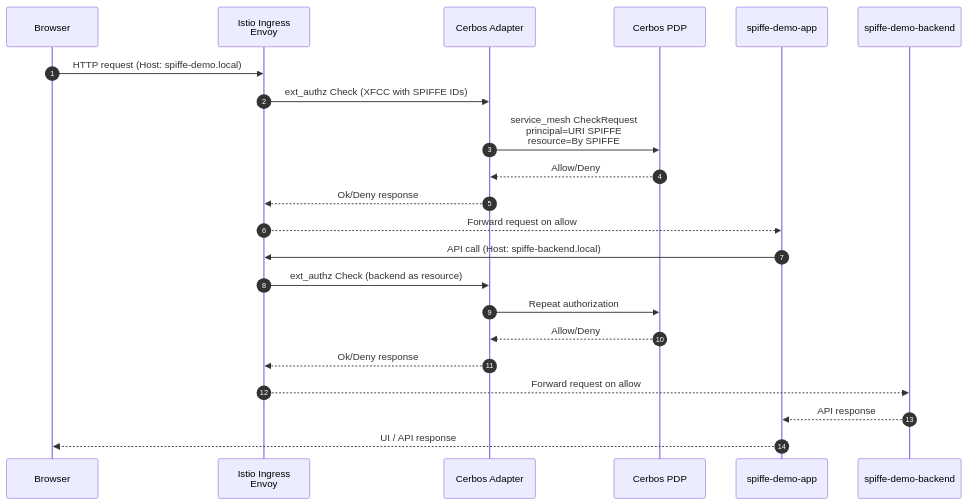
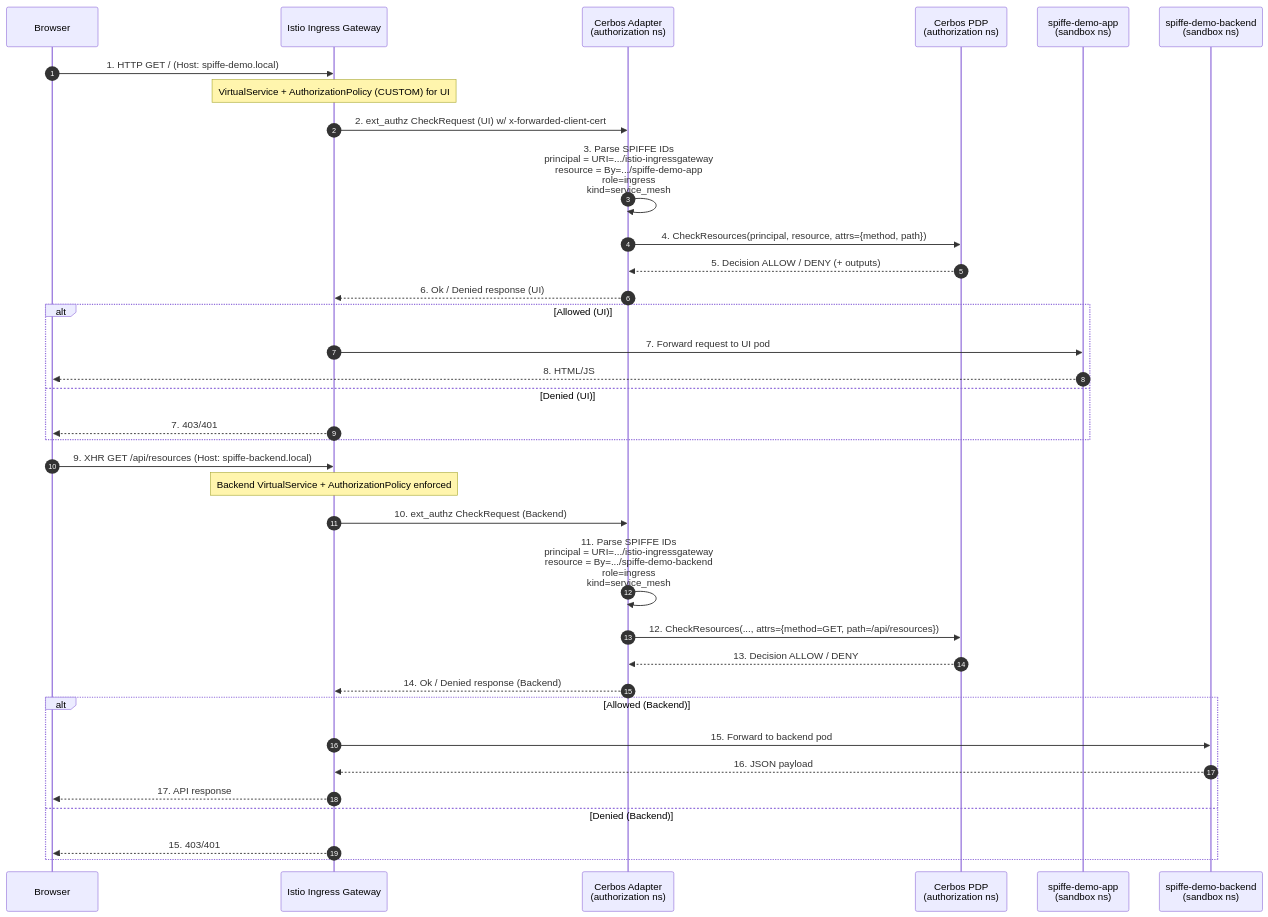
Before and after one commit to cerbos/cerbos-zta-istio-spiffe: the second of 2 diagrams in README.md, drawn with Mermaid. The commit also changed other lines of this file, not shown here.

````diff
--- a/README.md
+++ b/README.md
@@ -144,25 +65,39 @@
 ```mermaid
 sequenceDiagram
     autonumber
     participant Browser
-    participant Ingress as Istio Ingress<br/>Envoy
-    participant Adapter as Cerbos Adapter
-    participant Cerbos as Cerbos PDP
-    participant App as spiffe-demo-app
-    participant Backend as spiffe-demo-backend
+    participant Istio as Istio Ingress Gateway
+    participant Adapter as Cerbos Adapter<br/>(authorization ns)
+    participant Cerbos as Cerbos PDP<br/>(authorization ns)
+    participant App as spiffe-demo-app<br/>(sandbox ns)
+    participant Backend as spiffe-demo-backend<br/>(sandbox ns)
 
-    Browser->>Ingress: HTTP request (Host: spiffe-demo.local)
-    Ingress->>Adapter: ext_authz Check (XFCC with SPIFFE IDs)
-    Adapter->>Cerbos: service_mesh CheckRequest<br/>principal=URI SPIFFE<br/>resource=By SPIFFE
-    Cerbos-->>Adapter: Allow/Deny
-    Adapter-->>Ingress: Ok/Deny response
-    Ingress-->>App: Forward request on allow
-    App->>Ingress: API call (Host: spiffe-backend.local)
-    Ingress->>Adapter: ext_authz Check (backend as resource)
-    Adapter->>Cerbos: Repeat authorization
-    Cerbos-->>Adapter: Allow/Deny
-    Adapter-->>Ingress: Ok/Deny response
-    Ingress-->>Backend: Forward request on allow
-    Backend-->>App: API response
-    App-->>Browser: UI / API response
+    Browser->>Istio: 1. HTTP GET / (Host: spiffe-demo.local)
+    Note over Istio: VirtualService + AuthorizationPolicy (CUSTOM) for UI
+    Istio->>Adapter: 2. ext_authz CheckRequest (UI) w/ x-forwarded-client-cert
+    Adapter->>Adapter: 3. Parse SPIFFE IDs<br/>principal = URI=.../istio-ingressgateway<br/>resource = By=.../spiffe-demo-app<br/>role=ingress<br/>kind=service_mesh
+    Adapter->>Cerbos: 4. CheckResources(principal, resource, attrs={method, path})
+    Cerbos-->>Adapter: 5. Decision ALLOW / DENY (+ outputs)
+    Adapter-->>Istio: 6. Ok / Denied response (UI)
+    alt Allowed (UI)
+        Istio->>App: 7. Forward request to UI pod
+        App-->>Browser: 8. HTML/JS
+    else Denied (UI)
+        Istio-->>Browser: 7. 403/401
+    end
+
+    Browser->>Istio: 9. XHR GET /api/resources (Host: spiffe-backend.local)
+    Note over Istio: Backend VirtualService + AuthorizationPolicy enforced
+    Istio->>Adapter: 10. ext_authz CheckRequest (Backend)
+    Adapter->>Adapter: 11. Parse SPIFFE IDs<br/>principal = URI=.../istio-ingressgateway<br/>resource = By=.../spiffe-demo-backend<br/>role=ingress<br/>kind=service_mesh
+    Adapter->>Cerbos: 12. CheckResources(..., attrs={method=GET, path=/api/resources})
+    Cerbos-->>Adapter: 13. Decision ALLOW / DENY
+    Adapter-->>Istio: 14. Ok / Denied response (Backend)
+    alt Allowed (Backend)
+        Istio->>Backend: 15. Forward to backend pod
+        Backend-->>Istio: 16. JSON payload
+        Istio-->>Browser: 17. API response
+    else Denied (Backend)
+        Istio-->>Browser: 15. 403/401
+    end
 ```
````
